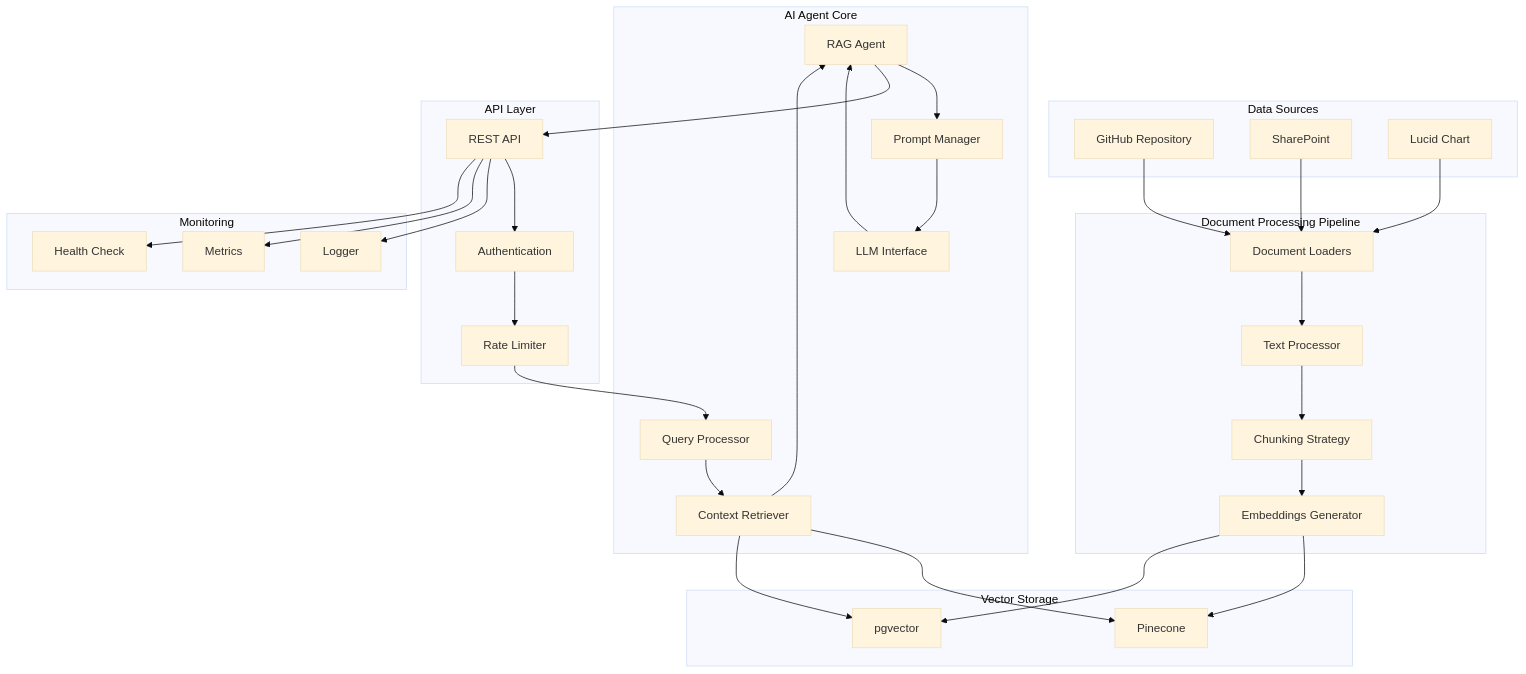
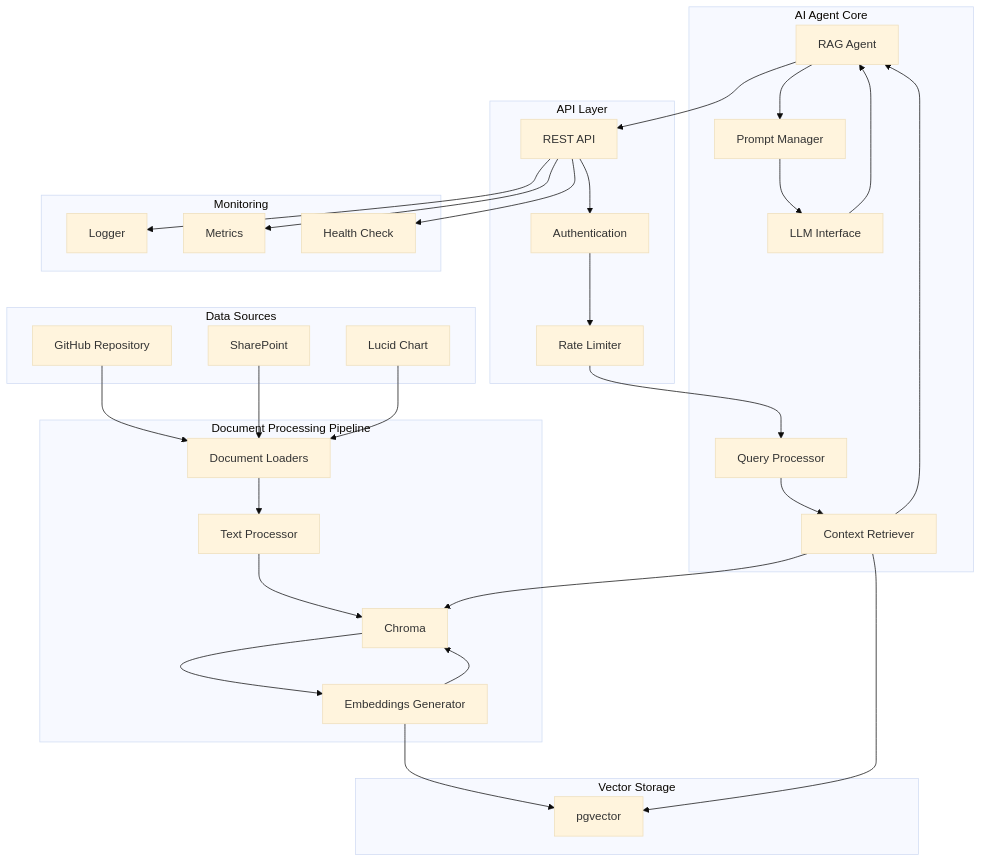
One commit to anhhai680/knowledge-base-agent changed the first of 3 diagrams in .github/docs/implementation.md. Above: the diagram before and after it, drawn with Mermaid (base theme). The commit also changed other lines of this file, not shown here.

Commit message:
Refactor Knowledge Base Agent to support Chroma vector store and Gemini LLM integration

````diff
--- a/.github/docs/implementation.md
+++ b/.github/docs/implementation.md
@@ -27,77 +27,77 @@
 ```mermaid
 graph TB
     %% Data Sources
     subgraph "Data Sources"
         GH[GitHub Repository]
         SP[SharePoint]
         LC[Lucid Chart]
     end
     
     %% Document Processing Pipeline
     subgraph "Document Processing Pipeline"
         DL[Document Loaders]
         TP[Text Processor]
         CH[Chunking Strategy]
         EM[Embeddings Generator]
     end
     
     %% Vector Storage
     subgraph "Vector Storage"
-        PC[Pinecone]
+        CH[Chroma]
         PG[pgvector]
     end
     
     %% AI Agent Core
     subgraph "AI Agent Core"
         RA[RAG Agent]
         QP[Query Processor]
         CR[Context Retriever]
         LLM[LLM Interface]
         PM[Prompt Manager]
     end
     
     %% API Layer
     subgraph "API Layer"
         API[REST API]
         Auth[Authentication]
         RL[Rate Limiter]
     end
     
     %% Monitoring & Logging
     subgraph "Monitoring"
         LOG[Logger]
         METRICS[Metrics]
         HEALTH[Health Check]
     end
     
     %% Data Flow
     GH --> DL
     SP --> DL
     LC --> DL
     
     DL --> TP
     TP --> CH
     CH --> EM
     
-    EM --> PC
+    EM --> CH
     EM --> PG
     
     API --> Auth
     Auth --> RL
     RL --> QP
     
     QP --> CR
-    CR --> PC
+    CR --> CH
     CR --> PG
     
     CR --> RA
     RA --> PM
     PM --> LLM
     LLM --> RA
     
     RA --> API
     
     API --> LOG
     API --> METRICS
     API --> HEALTH
 ```
````
